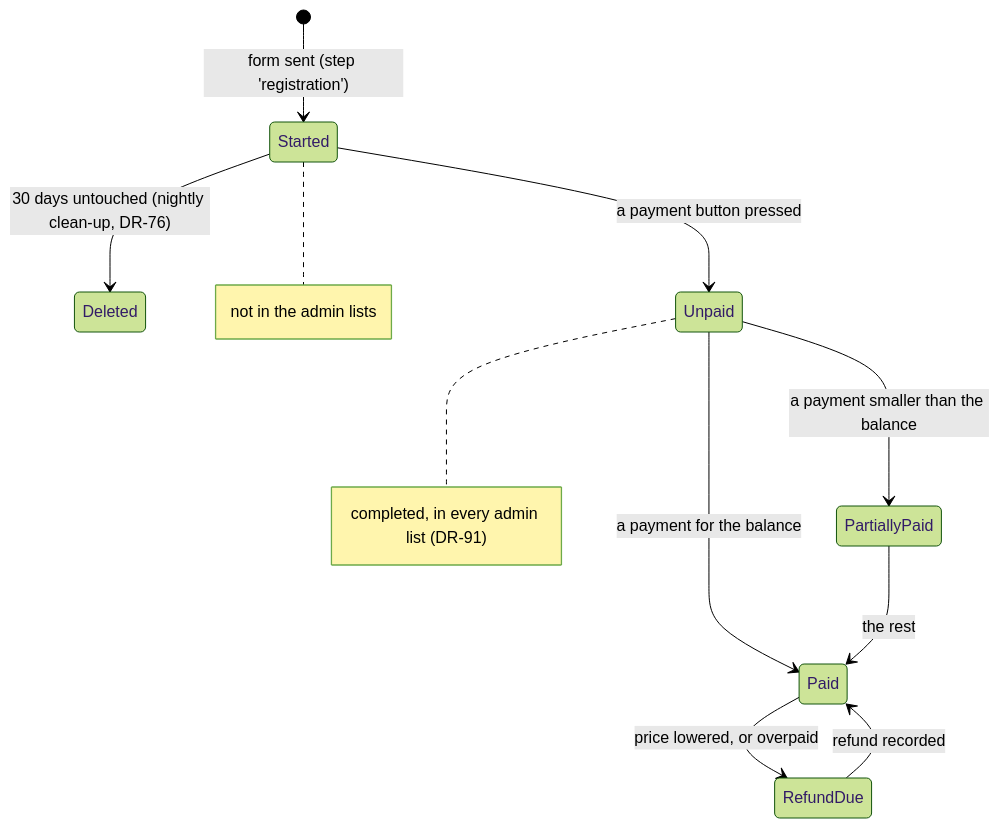
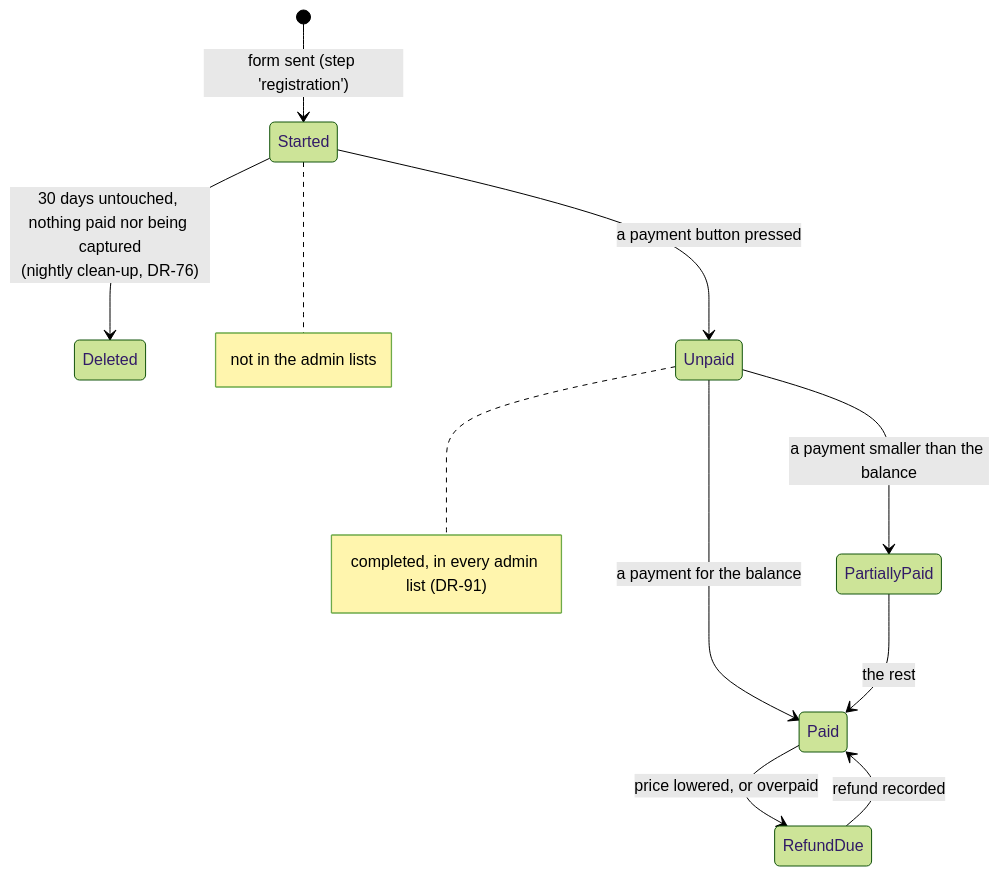
Before and after one commit to camphoric/camphoric: the second of 12 diagrams in doc/payments.md, drawn with Mermaid (forest theme). The commit also changed other lines of this file and 12 other files, not shown here.

````diff
--- a/doc/payments.md
+++ b/doc/payments.md
@@ -115,13 +116,13 @@
 ```mermaid
 stateDiagram-v2
     [*] --> Started: form sent (step 'registration')
-    Started --> Deleted: 30 days untouched (nightly clean-up, DR-76)
+    Started --> Deleted: 30 days untouched, nothing paid nor being captured<br/>(nightly clean-up, DR-76)
     Started --> Unpaid: a payment button pressed
     Unpaid --> PartiallyPaid: a payment smaller than the balance
     Unpaid --> Paid: a payment for the balance
     PartiallyPaid --> Paid: the rest
     Paid --> RefundDue: price lowered, or overpaid
     RefundDue --> Paid: refund recorded
     note right of Started : not in the admin lists
     note right of Unpaid : completed, in every admin list (DR-91)
 ```
````
